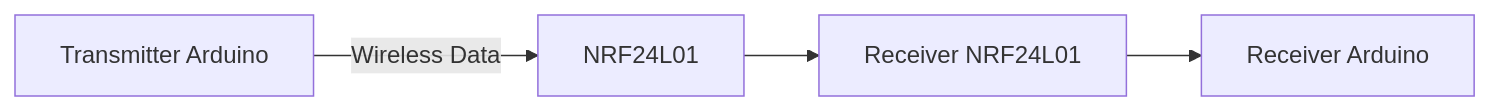
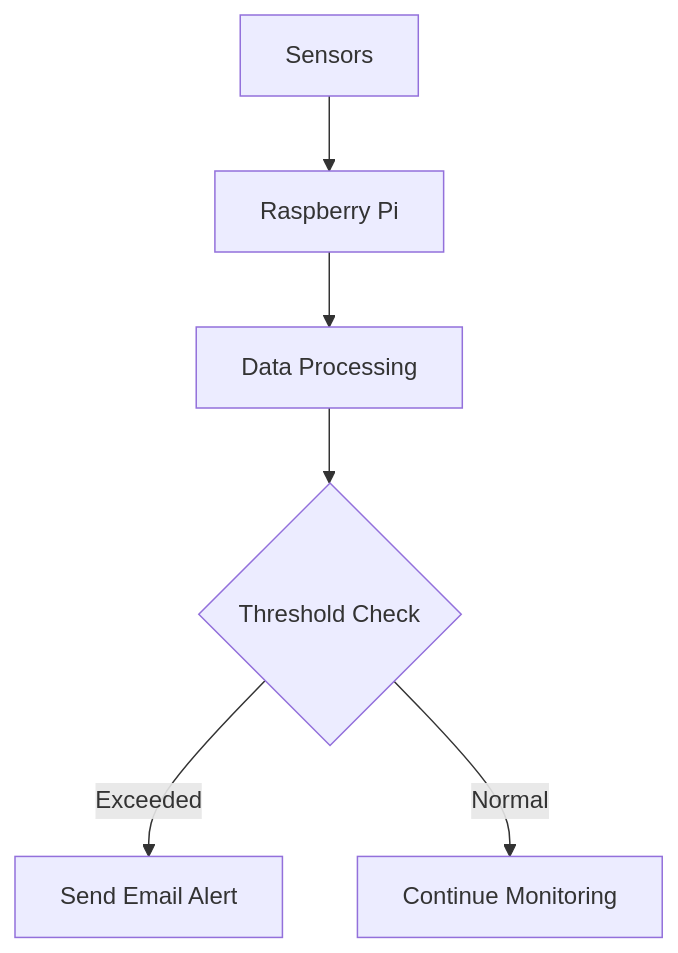
One commit to RakeshMH2003/smart-Plant-Monitoring-System-using-Raspberry-Pi-2 changed the diagram in README.md. Above: the diagram before and after it, drawn with Mermaid. The commit also changed other lines of this file, not shown here.

````diff
--- a/README.md
+++ b/README.md
@@ -66,6 +41,8 @@
 ```mermaid
-graph LR;
-    A[Transmitter Arduino] -->|Wireless Data| B[NRF24L01];
-    B --> C[Receiver NRF24L01];
-    C --> D[Receiver Arduino];
+graph TD;
+    A[Sensors] --> B[Raspberry Pi];
+    B --> C[Data Processing];
+    C --> D{Threshold Check};
+    D -->|Exceeded| E[Send Email Alert];
+    D -->|Normal| F[Continue Monitoring];
 ```
````
